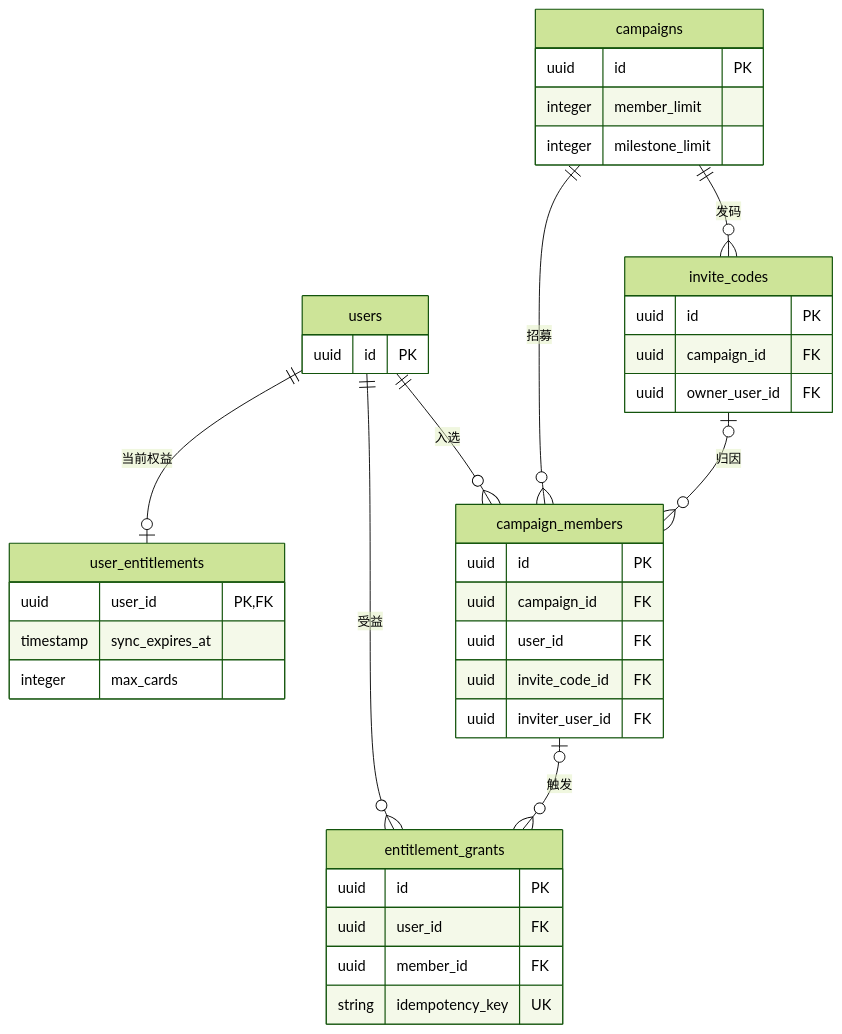
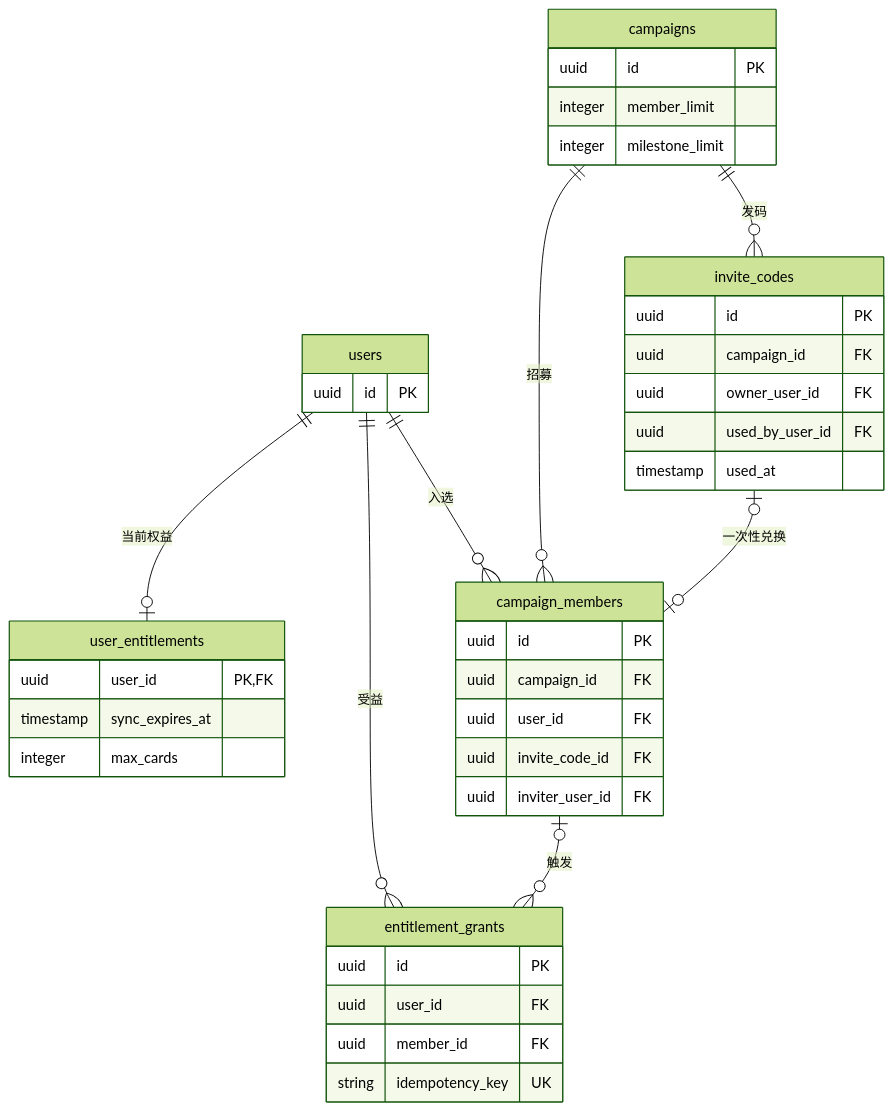
The third of 5 diagrams in docs/db.md (guguphoenix707/wenxi-club), drawn with Mermaid (forest theme) before and after one commit. The commit also changed other lines of this file, not shown here.

````diff
--- a/docs/db.md
+++ b/docs/db.md
@@ -130,41 +132,43 @@
 ```mermaid
 erDiagram
     users ||--o{ campaign_members : "入选"
     campaigns ||--o{ invite_codes : "发码"
     campaigns ||--o{ campaign_members : "招募"
-    invite_codes |o--o{ campaign_members : "归因"
+    invite_codes |o--o| campaign_members : "一次性兑换"
     campaign_members |o--o{ entitlement_grants : "触发"
     users ||--o{ entitlement_grants : "受益"
     users ||--o| user_entitlements : "当前权益"
     users {
         uuid id PK
     }
     campaigns {
         uuid id PK
         integer member_limit
         integer milestone_limit
     }
     invite_codes {
         uuid id PK
         uuid campaign_id FK
         uuid owner_user_id FK
+        uuid used_by_user_id FK
+        timestamp used_at
     }
     campaign_members {
         uuid id PK
         uuid campaign_id FK
         uuid user_id FK
         uuid invite_code_id FK
         uuid inviter_user_id FK
     }
     entitlement_grants {
         uuid id PK
         uuid user_id FK
         uuid member_id FK
         string idempotency_key UK
     }
     user_entitlements {
         uuid user_id PK,FK
         timestamp sync_expires_at
         integer max_cards
     }
 ```
````
